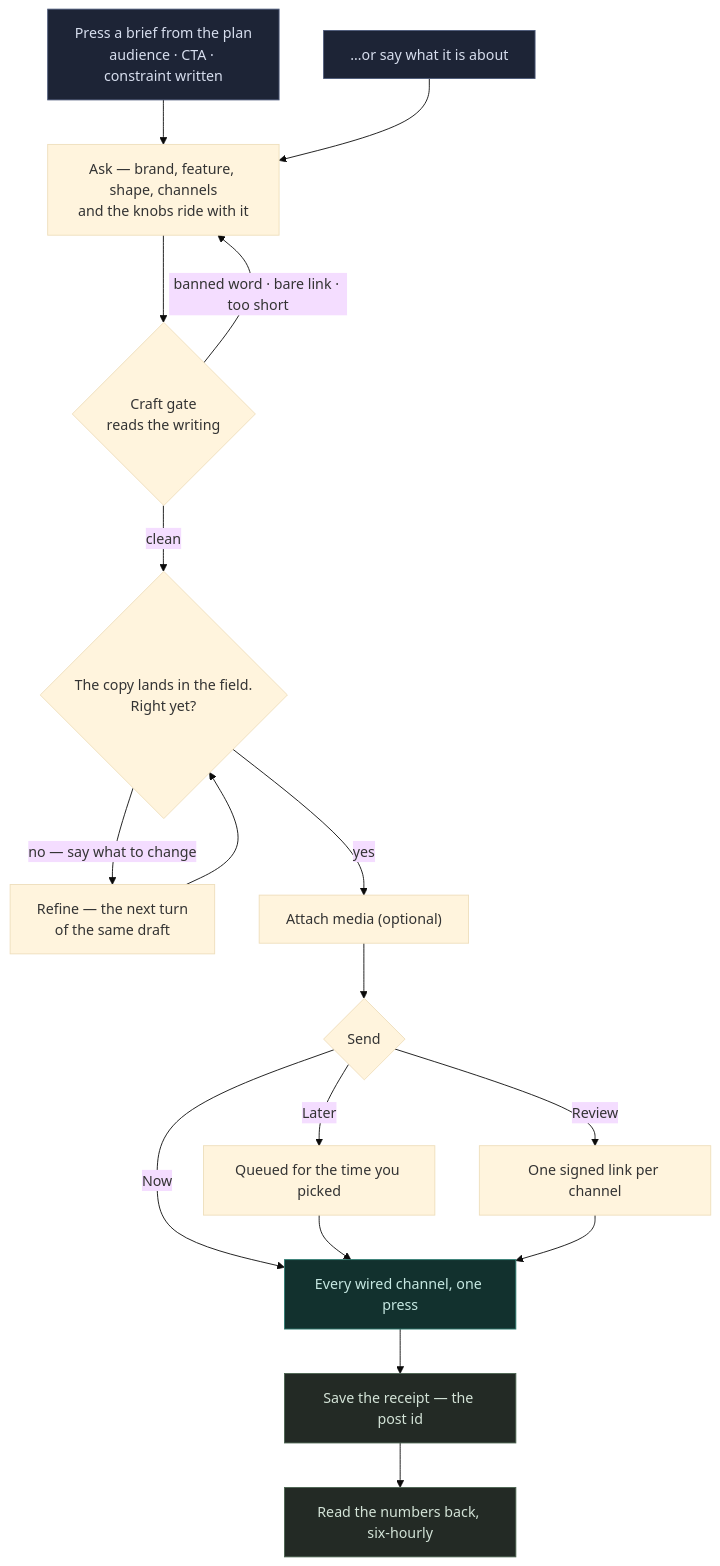
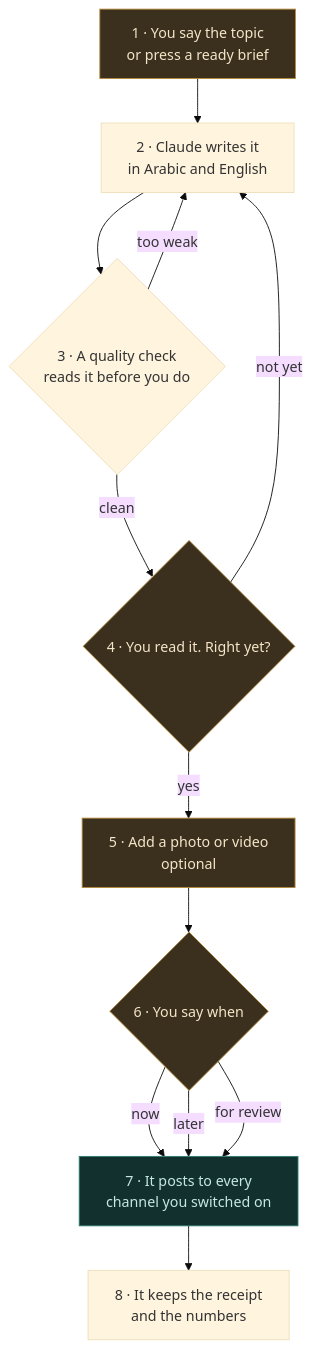
The first of 2 diagrams in content/docs/social/index.mdx (databayt/kun), drawn with Mermaid (base theme) before and after one commit. The commit also changed other lines of this file, not shown here.

````diff
--- a/content/docs/social/index.mdx
+++ b/content/docs/social/index.mdx
@@ -19,29 +18,26 @@
 ```mermaid
-flowchart TD
-  P["Press a brief from the plan<br/>audience · CTA · constraint written"] --> ASK
-  W["…or say what it is about"] --> ASK
+graph TD
+    S1["1 · You say the topic<br/>or press a ready brief"]
+    S2["2 · Claude writes it<br/>in Arabic and English"]
+    S3{"3 · A quality check<br/>reads it before you do"}
+    S4{"4 · You read it. Right yet?"}
+    S5["5 · Add a photo or video<br/>optional"]
+    S6{"6 · You say when"}
+    S7["7 · It posts to every<br/>channel you switched on"]
+    S8["8 · It keeps the receipt<br/>and the numbers"]
 
-  ASK["Ask — brand, feature, shape, channels<br/>and the knobs ride with it"]
-  ASK --> C{"Craft gate<br/>reads the writing"}
-  C -- "banned word · bare link · too short" --> ASK
+    S1 --> S2 --> S3
+    S3 -- "too weak" --> S2
+    S3 -- "clean" --> S4
+    S4 -- "not yet" --> S2
+    S4 -- "yes" --> S5 --> S6
+    S6 -- "now" --> S7
+    S6 -- "later" --> S7
+    S6 -- "for review" --> S7
+    S7 --> S8
 
-  C -- "clean" --> D{"The copy lands in the field.<br/>Right yet?"}
-  D -- "no — say what to change" --> RF["Refine — the next turn<br/>of the same draft"]
-  RF --> D
-  D -- "yes" --> M["Attach media (optional)"]
-
-  M --> S{"Send"}
-  S -- "Now" --> F
-  S -- "Later" --> Q["Queued for the time you picked"] --> F
-  S -- "Review" --> L["One signed link per channel"] --> F
-
-  F["Every wired channel, one press"] --> G["Save the receipt — the post id"]
-  G --> H["Read the numbers back, six-hourly"]
-
-  classDef start fill:#1d2436,stroke:#4d5a7a,color:#d7deee;
-  classDef send fill:#12312e,stroke:#2f7d72,color:#c6e8e2;
-  classDef keep fill:#232a25,stroke:#4a6350,color:#d3e3d7;
-  class P,W start;
-  class F send;
-  class G,H keep;
+    classDef you fill:#3b2f1e,stroke:#b58a3c,color:#f5e6c8;
+    classDef live fill:#12312e,stroke:#2f7d72,color:#c6e8e2;
+    class S1,S4,S5,S6 you;
+    class S7 live;
 ```
````
